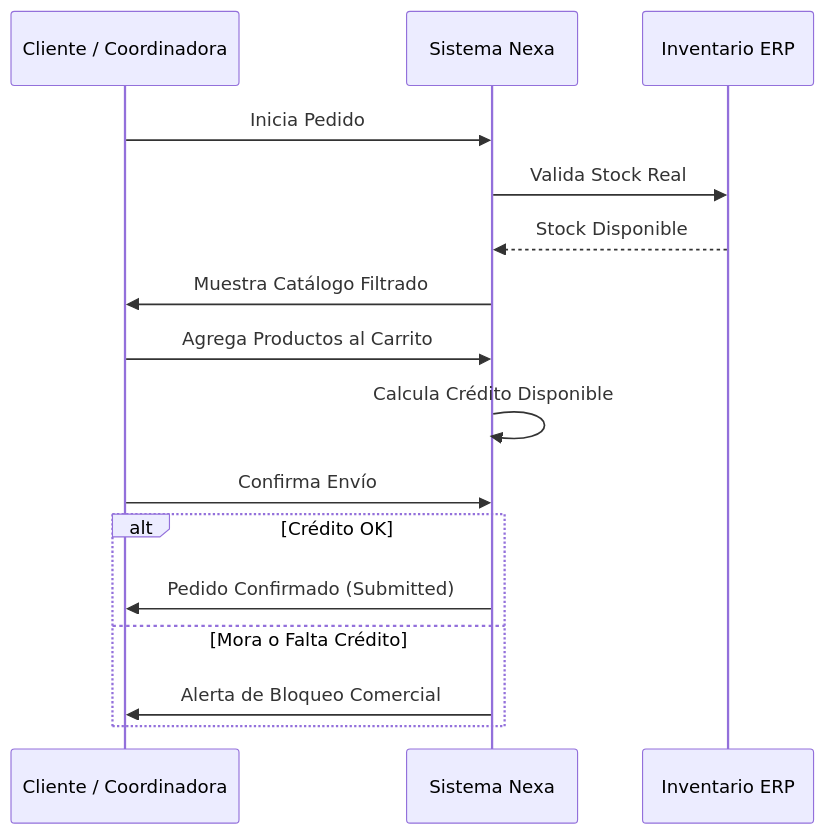
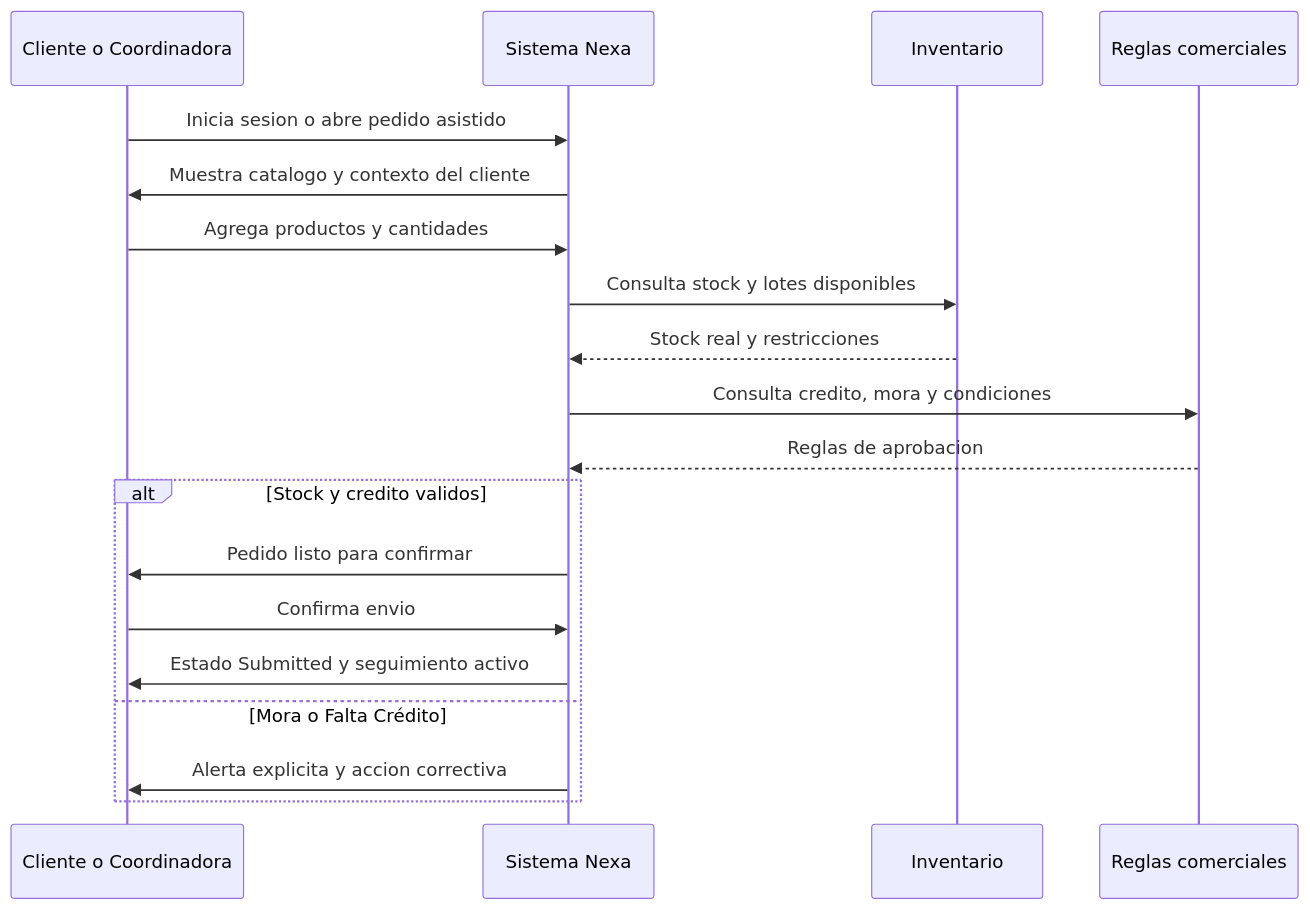
The second of 2 diagrams in report/40-chapter-4-product-design/4-4-web-applications-ux-ui-design.md (upc-pre-202610-1asi0730-12242-king/nexa-ecosystem-report), drawn with Mermaid before and after one commit. The commit also changed other lines of this file and 58 other files, not shown here.

````diff
--- a/report/40-chapter-4-product-design/4-4-web-applications-ux-ui-design.md
+++ b/report/40-chapter-4-product-design/4-4-web-applications-ux-ui-design.md
@@ -65,18 +241,21 @@
 ```mermaid
 sequenceDiagram
-    participant U as Cliente / Coordinadora
+    participant U as Cliente o Coordinadora
     participant S as Sistema Nexa
-    participant I as Inventario ERP
-    U->>S: Inicia Pedido
-    S->>I: Valida Stock Real
-    I-->>S: Stock Disponible
-    S->>U: Muestra Catálogo Filtrado
-    U->>S: Agrega Productos al Carrito
-    S->>S: Calcula Crédito Disponible
-    U->>S: Confirma Envío
-    alt Crédito OK
-        S->>U: Pedido Confirmado (Submitted)
+    participant I as Inventario
+    participant C as Reglas comerciales
+    U->>S: Inicia sesion o abre pedido asistido
+    S->>U: Muestra catalogo y contexto del cliente
+    U->>S: Agrega productos y cantidades
+    S->>I: Consulta stock y lotes disponibles
+    I-->>S: Stock real y restricciones
+    S->>C: Consulta credito, mora y condiciones
+    C-->>S: Reglas de aprobacion
+    alt Stock y credito validos
+        S->>U: Pedido listo para confirmar
+        U->>S: Confirma envio
+        S->>U: Estado Submitted y seguimiento activo
     else Mora o Falta Crédito
-        S->>U: Alerta de Bloqueo Comercial
+        S->>U: Alerta explicita y accion correctiva
     end
 ```
````
